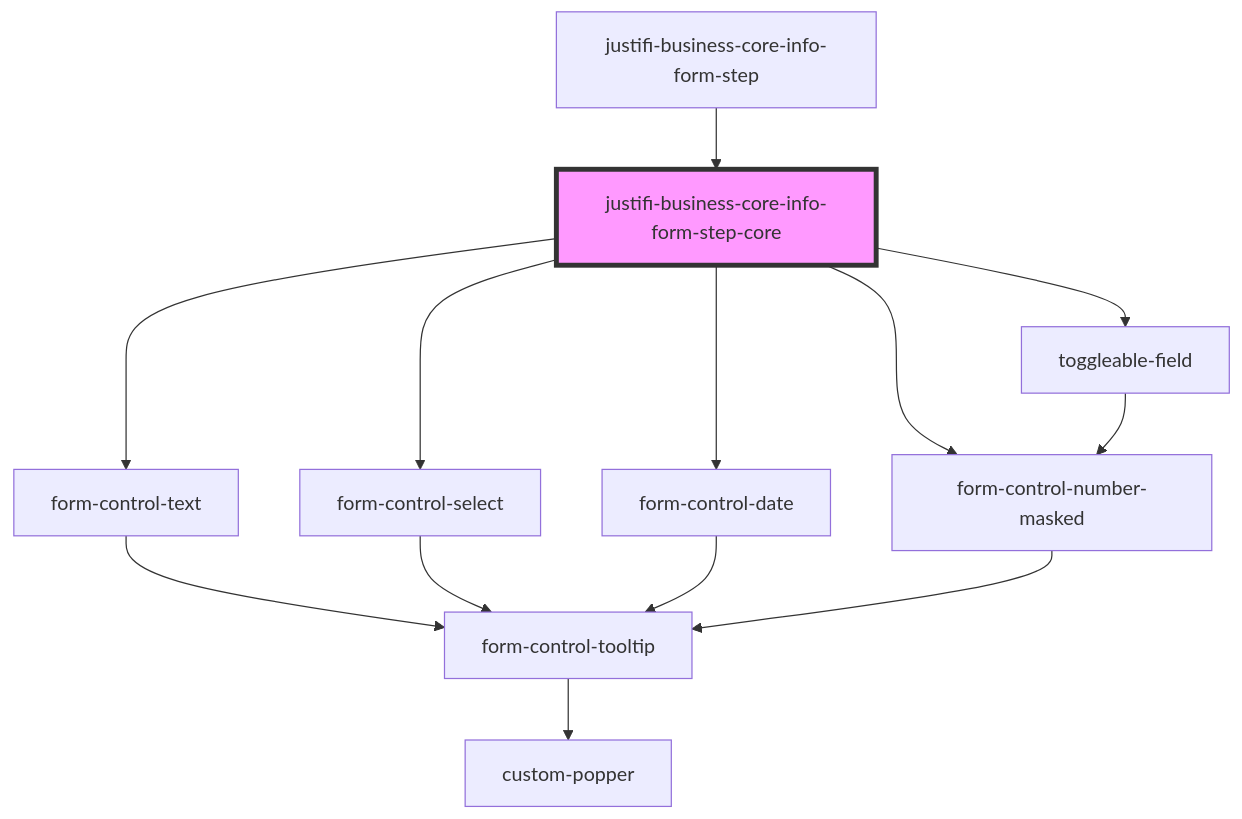
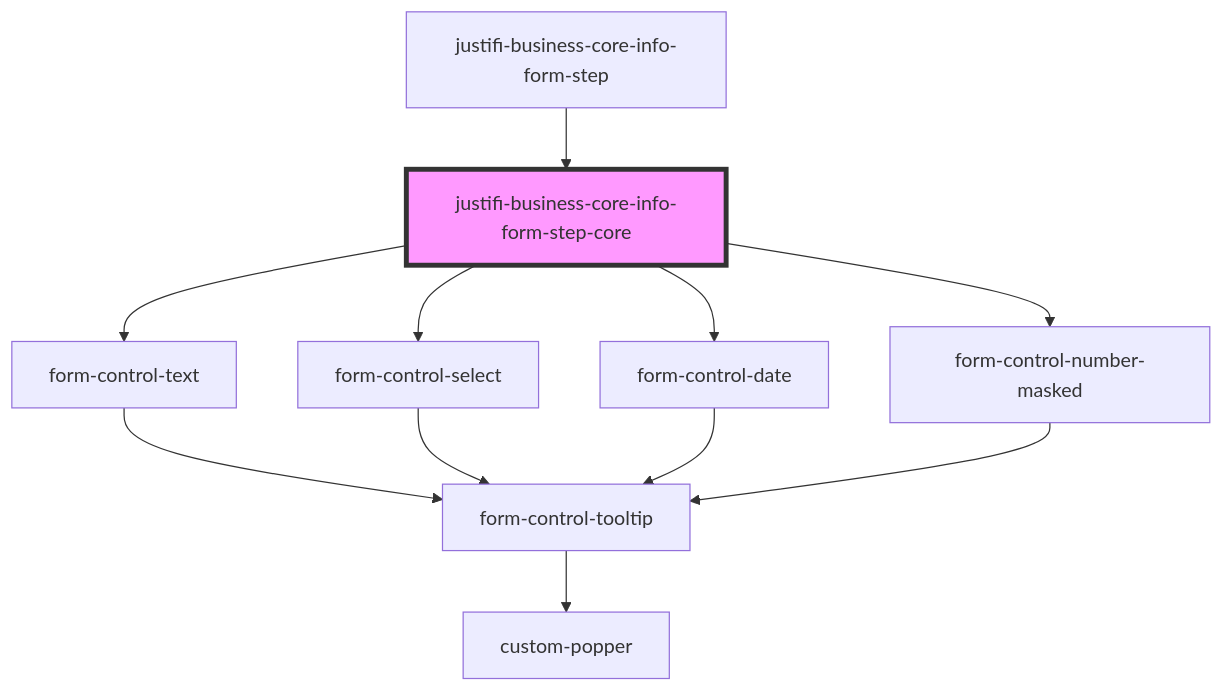
Before and after one commit to justifi-tech/web-component-library: the diagram in packages/webcomponents/src/components/business-forms/payment-provisioning/business-core-info/readme.md, drawn with Mermaid. The commit also changed other lines of this file and 16 other files, not shown here.

Commit message:
Remove toggleable-field component to flatten component structure. Instead, do toggleable edit mode inline. Update tests accordingly

````diff
--- a/packages/webcomponents/src/components/business-forms/payment-provisioning/business-core-info/readme.md
+++ b/packages/webcomponents/src/components/business-forms/payment-provisioning/business-core-info/readme.md
@@ -62,16 +62,16 @@
 ```mermaid
 graph TD;
   justifi-business-core-info-form-step-core --> form-control-text
   justifi-business-core-info-form-step-core --> form-control-select
   justifi-business-core-info-form-step-core --> form-control-date
-  justifi-business-core-info-form-step-core --> toggleable-field
+  
   justifi-business-core-info-form-step-core --> form-control-number-masked
   form-control-text --> form-control-tooltip
   form-control-tooltip --> custom-popper
   form-control-select --> form-control-tooltip
   form-control-date --> form-control-tooltip
-  toggleable-field --> form-control-number-masked
+  
   form-control-number-masked --> form-control-tooltip
   justifi-business-core-info-form-step --> justifi-business-core-info-form-step-core
   style justifi-business-core-info-form-step-core fill:#f9f,stroke:#333,stroke-width:4px
 ```
````
